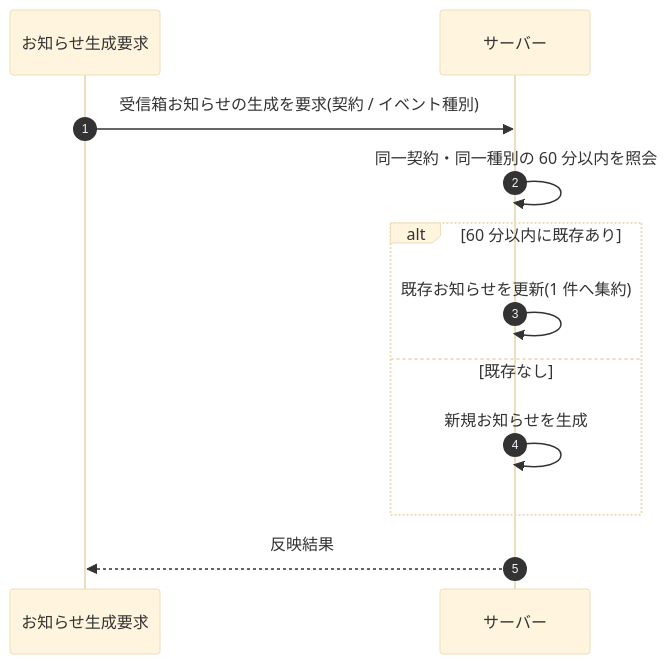
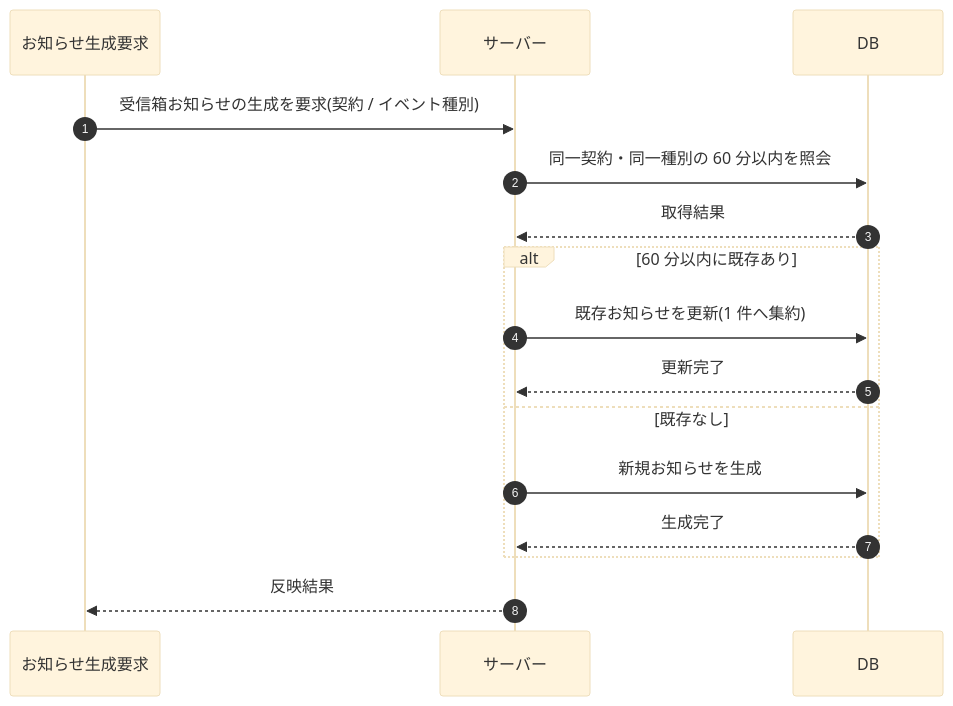
The diagram in 02_basic_design/03_sequences/SEQ-106.md (sikakou54/open-faq), drawn with Mermaid (base theme) before and after one commit. The commit also changed other lines of this file and 122 other files, not shown here.

First line of the commit message:
シーケンス図に DB アクターを追加(DB 操作をサーバー自己メッセージから分離)

````diff
--- a/02_basic_design/03_sequences/SEQ-106.md
+++ b/02_basic_design/03_sequences/SEQ-106.md
@@ -26,14 +26,18 @@
 ```mermaid
 sequenceDiagram
   autonumber
   participant G as お知らせ生成要求
   participant Server as サーバー
+  participant DB as DB
   G->>Server: 受信箱お知らせの生成を要求(契約 / イベント種別)
-  Server->>Server: 同一契約・同一種別の 60 分以内を照会
+  Server->>DB: 同一契約・同一種別の 60 分以内を照会
+  DB-->>Server: 取得結果
   alt 60 分以内に既存あり
-    Server->>Server: 既存お知らせを更新(1 件へ集約)
+    Server->>DB: 既存お知らせを更新(1 件へ集約)
+    DB-->>Server: 更新完了
   else 既存なし
-    Server->>Server: 新規お知らせを生成
+    Server->>DB: 新規お知らせを生成
+    DB-->>Server: 生成完了
   end
   Server-->>G: 反映結果
 ```
````
